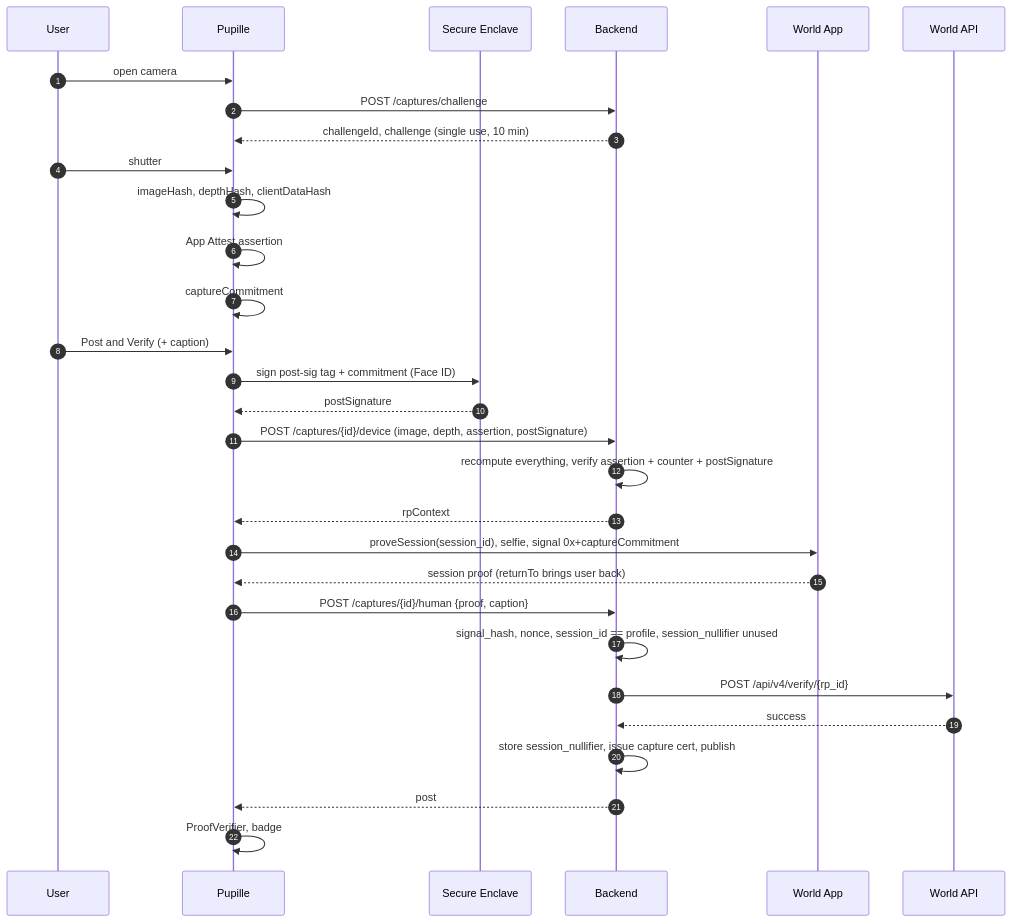
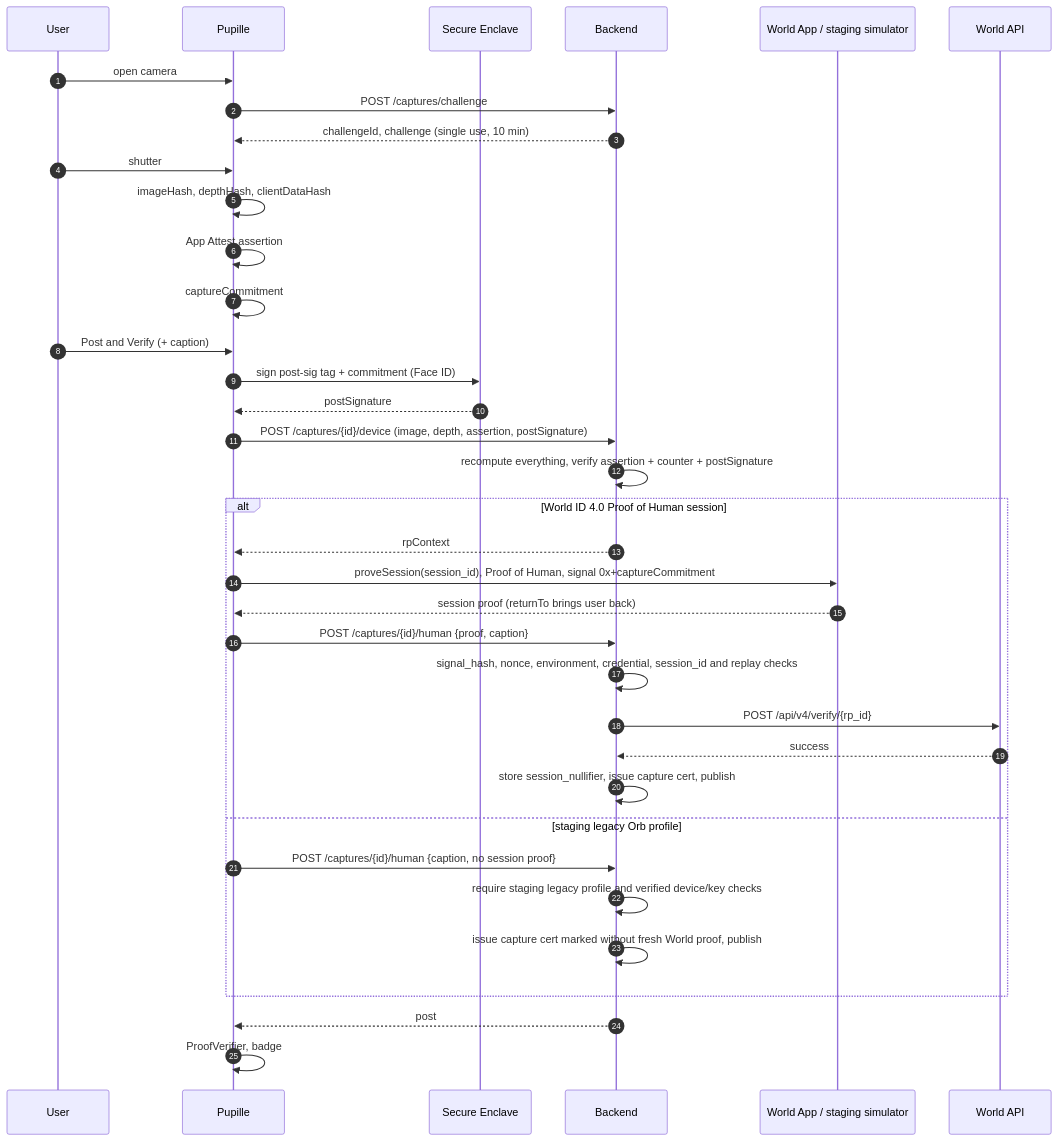
One commit to seyl3/pupille changed the third of 4 diagrams in docs/ARCHITECTURE.md. Above: the diagram before and after it, drawn with Mermaid. The commit also changed other lines of this file, not shown here.

Commit message:
feat: define Orb-backed Proof of Human architecture

````diff
--- a/docs/ARCHITECTURE.md
+++ b/docs/ARCHITECTURE.md
@@ -286,33 +291,39 @@
 ```mermaid
 sequenceDiagram
   autonumber
   participant U as User
   participant App as Pupille
   participant SE as Secure Enclave
   participant BE as Backend
-  participant WA as World App
+  participant WA as World App / staging simulator
   participant W as World API
   U->>App: open camera
   App->>BE: POST /captures/challenge
   BE-->>App: challengeId, challenge (single use, 10 min)
   U->>App: shutter
   App->>App: imageHash, depthHash, clientDataHash
   App->>App: App Attest assertion
   App->>App: captureCommitment
   U->>App: Post and Verify (+ caption)
   App->>SE: sign post-sig tag + commitment (Face ID)
   SE-->>App: postSignature
   App->>BE: POST /captures/{id}/device (image, depth, assertion, postSignature)
   BE->>BE: recompute everything, verify assertion + counter + postSignature
-  BE-->>App: rpContext
-  App->>WA: proveSession(session_id), selfie, signal 0x+captureCommitment
-  WA-->>App: session proof (returnTo brings user back)
-  App->>BE: POST /captures/{id}/human {proof, caption}
-  BE->>BE: signal_hash, nonce, session_id == profile, session_nullifier unused
-  BE->>W: POST /api/v4/verify/{rp_id}
-  W-->>BE: success
-  BE->>BE: store session_nullifier, issue capture cert, publish
+  alt World ID 4.0 Proof of Human session
+    BE-->>App: rpContext
+    App->>WA: proveSession(session_id), Proof of Human, signal 0x+captureCommitment
+    WA-->>App: session proof (returnTo brings user back)
+    App->>BE: POST /captures/{id}/human {proof, caption}
+    BE->>BE: signal_hash, nonce, environment, credential, session_id and replay checks
+    BE->>W: POST /api/v4/verify/{rp_id}
+    W-->>BE: success
+    BE->>BE: store session_nullifier, issue capture cert, publish
+  else staging legacy Orb profile
+    App->>BE: POST /captures/{id}/human {caption, no session proof}
+    BE->>BE: require staging legacy profile and verified device/key checks
+    BE->>BE: issue capture cert marked without fresh World proof, publish
+  end
   BE-->>App: post
   App->>App: ProofVerifier, badge
   
 ```
````
